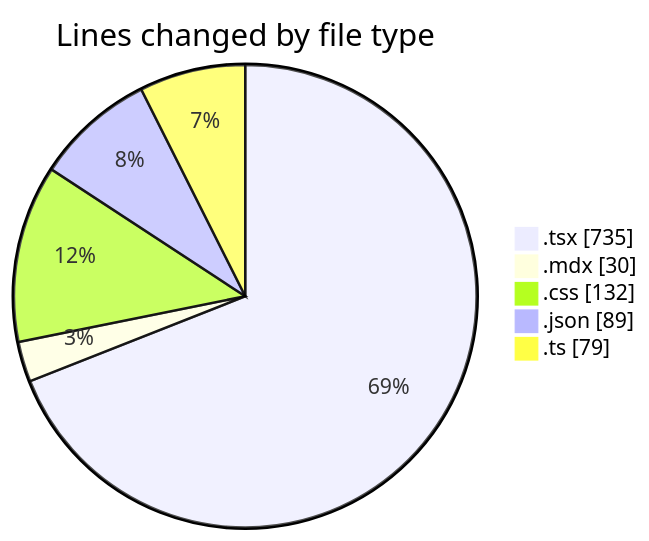
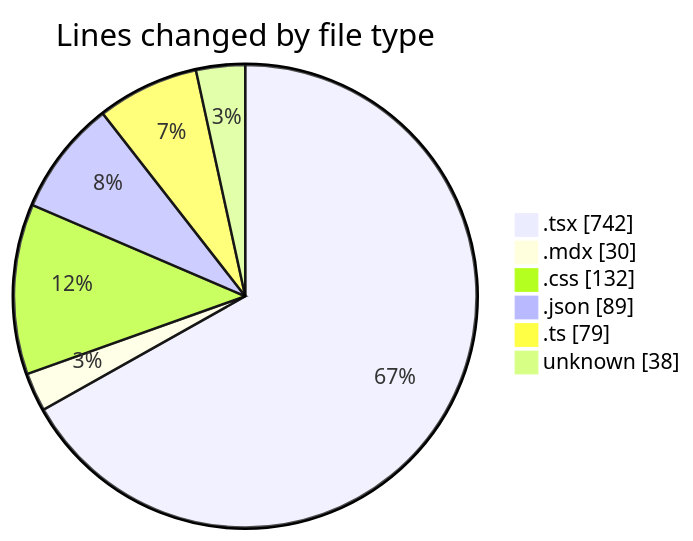
The first of 2 diagrams in 2025-05-12/elitesun/README.md (Elitesun/code-tracking), drawn with Mermaid before and after one commit. The commit also changed other lines of this file and 1 other file, not shown here.

````diff
--- a/2025-05-12/elitesun/README.md
+++ b/2025-05-12/elitesun/README.md
@@ -30,9 +31,10 @@
 ```mermaid
 pie showData
 title Lines changed by file type
-".tsx" : 735
+".tsx" : 742
 ".mdx" : 30
 ".css" : 132
 ".json" : 89
 ".ts" : 79
+"unknown" : 38
 ```
````
